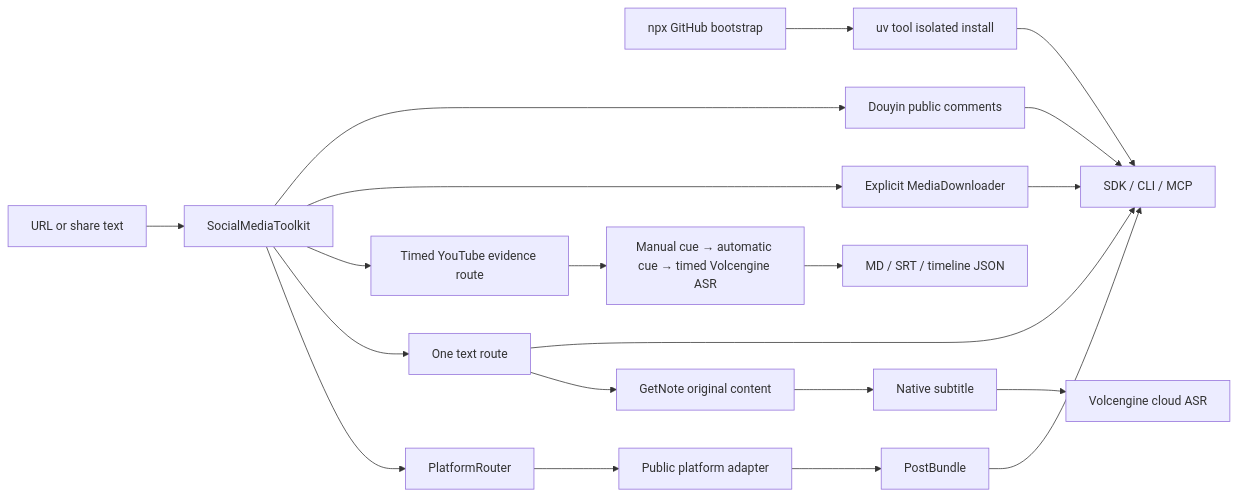
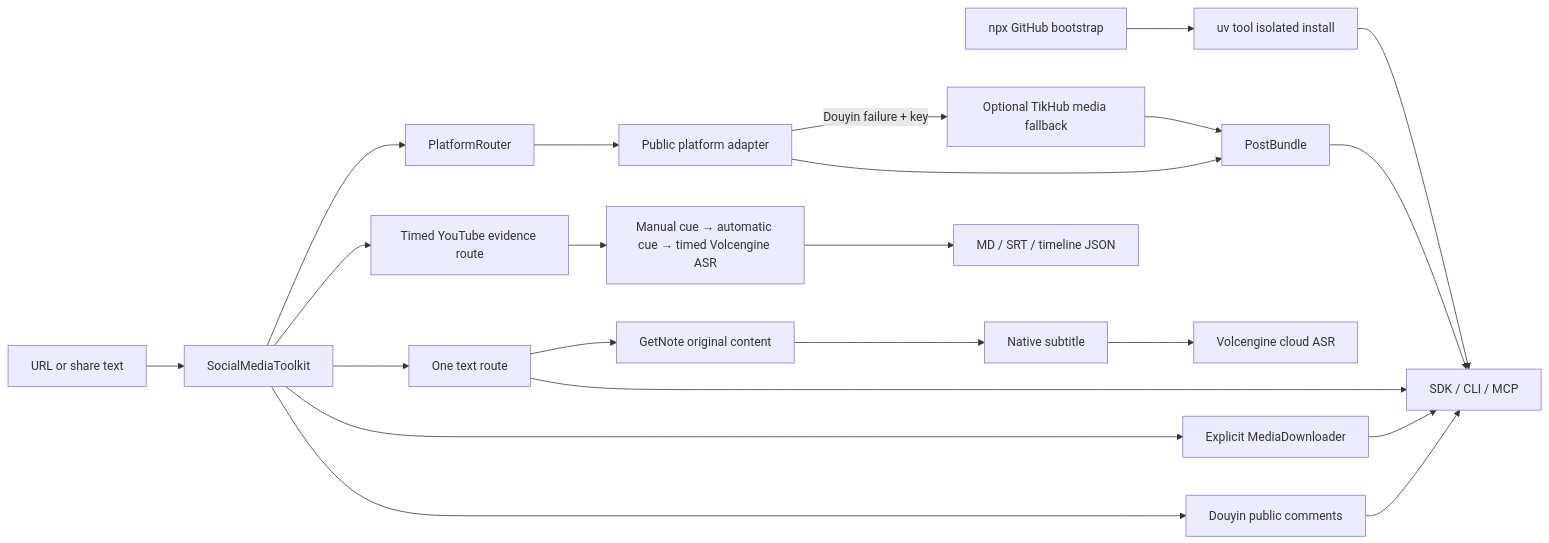
One commit to JNHFlow21/social-media-toolkit changed the diagram in docs/architecture.md. Above: the diagram before and after it, drawn with Mermaid. The commit also changed other lines of this file and 16 other files, not shown here.

First line of the commit message:
feat: add optional TikHub fallback for Douyin (#15)

````diff
--- a/docs/architecture.md
+++ b/docs/architecture.md
@@ -8,22 +8,24 @@
 ```mermaid
 flowchart LR
     X["npx GitHub bootstrap"] --> I["uv tool isolated install"]
     I --> O
     U["URL or share text"] --> S["SocialMediaToolkit"]
     S --> R["PlatformRouter"]
     R --> P["Public platform adapter"]
+    P -->|"Douyin failure + key"| H["Optional TikHub media fallback"]
+    H --> B
     P --> B["PostBundle"]
     S --> T["One text route"]
     T --> G["GetNote original content"]
     G --> N["Native subtitle"]
     N --> V["Volcengine cloud ASR"]
     S --> TT["Timed YouTube evidence route"]
     TT --> TC["Manual cue → automatic cue → timed Volcengine ASR"]
     TC --> A["MD / SRT / timeline JSON"]
     S --> D["Explicit MediaDownloader"]
     S --> C["Douyin public comments"]
     B --> O["SDK / CLI / MCP"]
     T --> O
     D --> O
     C --> O
 ```
````
